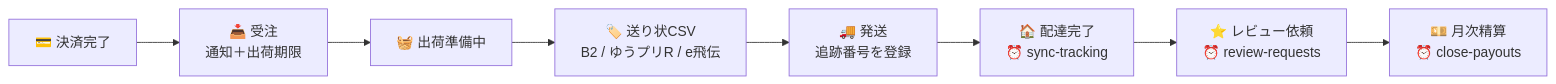
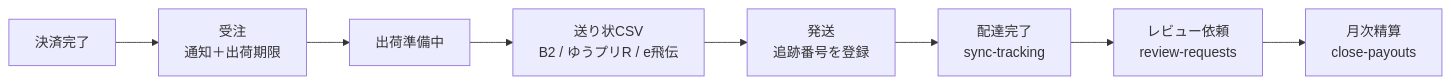
Before and after one commit to bright-broom/online-march: the fifth of 9 diagrams in README.md, drawn with Mermaid. The commit also changed other lines of this file, not shown here.

````diff
--- a/README.md
+++ b/README.md
@@ -239,10 +239,10 @@
 ```mermaid
 flowchart LR
-    A["💳 決済完了"] --> B["📥 受注<br/>通知＋出荷期限"]
-    B --> C["🧺 出荷準備中"]
-    C --> D["🏷️ 送り状CSV<br/>B2 / ゆうプリR / e飛伝"]
-    D --> E["🚚 発送<br/>追跡番号を登録"]
-    E --> G["🏠 配達完了<br/>⏰ sync-tracking"]
-    G --> H["⭐ レビュー依頼<br/>⏰ review-requests"]
-    H --> I["💴 月次精算<br/>⏰ close-payouts"]
+    A["決済完了"] --> B["受注<br/>通知＋出荷期限"]
+    B --> C["出荷準備中"]
+    C --> D["送り状CSV<br/>B2 / ゆうプリR / e飛伝"]
+    D --> E["発送<br/>追跡番号を登録"]
+    E --> G["配達完了<br/>sync-tracking"]
+    G --> H["レビュー依頼<br/>review-requests"]
+    H --> I["月次精算<br/>close-payouts"]
 ```
````
